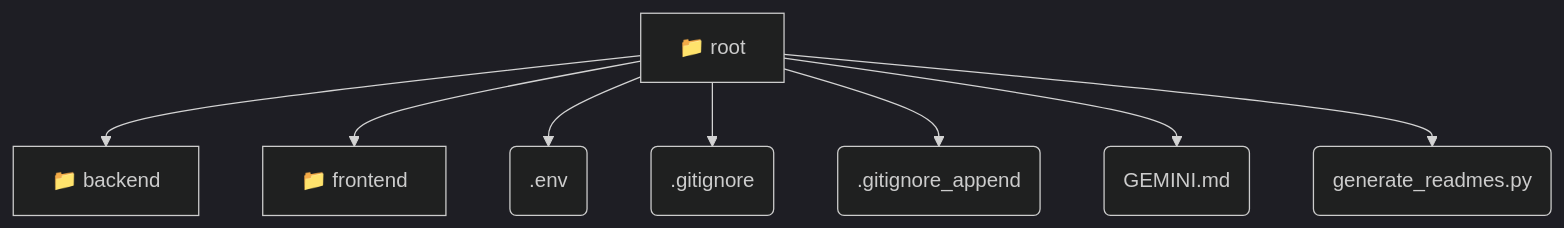
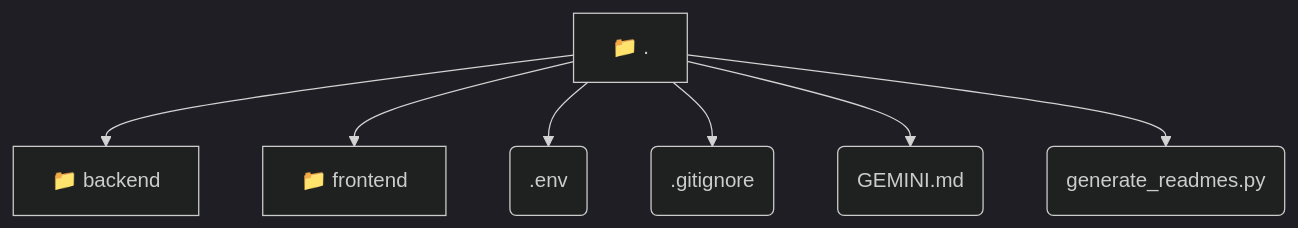
One commit to beginwebdev2002/fullstack-mavluda changed the diagram in README.md. Above: the diagram before and after it, drawn with Mermaid (dark theme). The commit also changed other lines of this file and 155 other files, not shown here.

First line of the commit message:
docs: auto-generate architectural README files across repository

````diff
--- a/README.md
+++ b/README.md
@@ -9,11 +9,10 @@
 ```mermaid
 graph TD
-  root[📁 root]
-  root --> root_backend[📁 backend]
-  root --> root_frontend[📁 frontend]
-  root --> root__env(.env)
-  root --> root__gitignore(.gitignore)
-  root --> root__gitignore_append(.gitignore_append)
-  root --> root_GEMINI_md(GEMINI.md)
-  root --> root_generate_readmes_py(generate_readmes.py)
+  _[📁 .]
+  _ --> __backend[📁 backend]
+  _ --> __frontend[📁 frontend]
+  _ --> ___env(.env)
+  _ --> ___gitignore(.gitignore)
+  _ --> __GEMINI_md(GEMINI.md)
+  _ --> __generate_readmes_py(generate_readmes.py)
 ```
````
